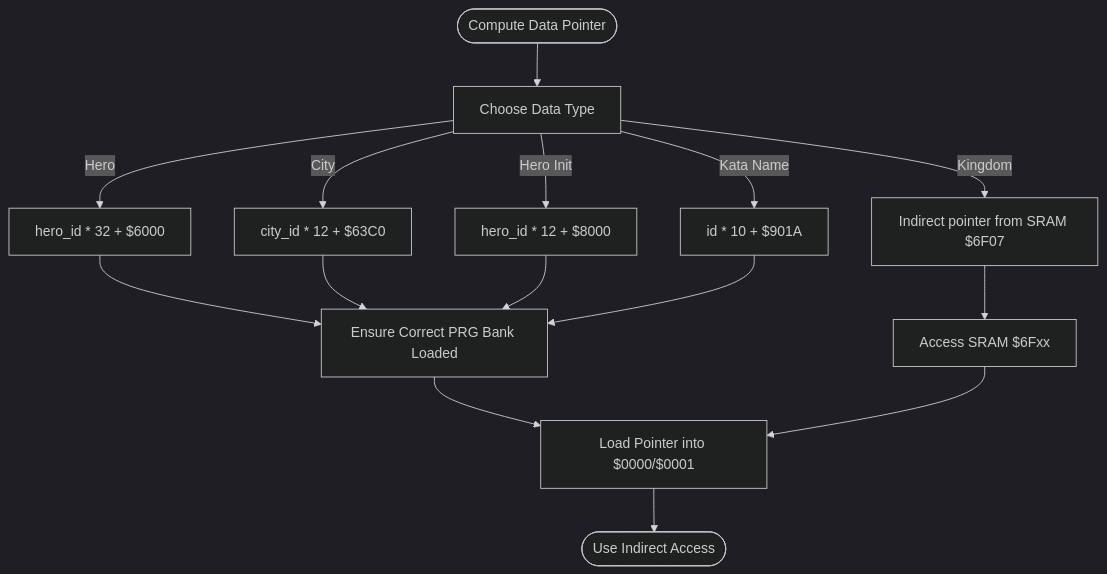
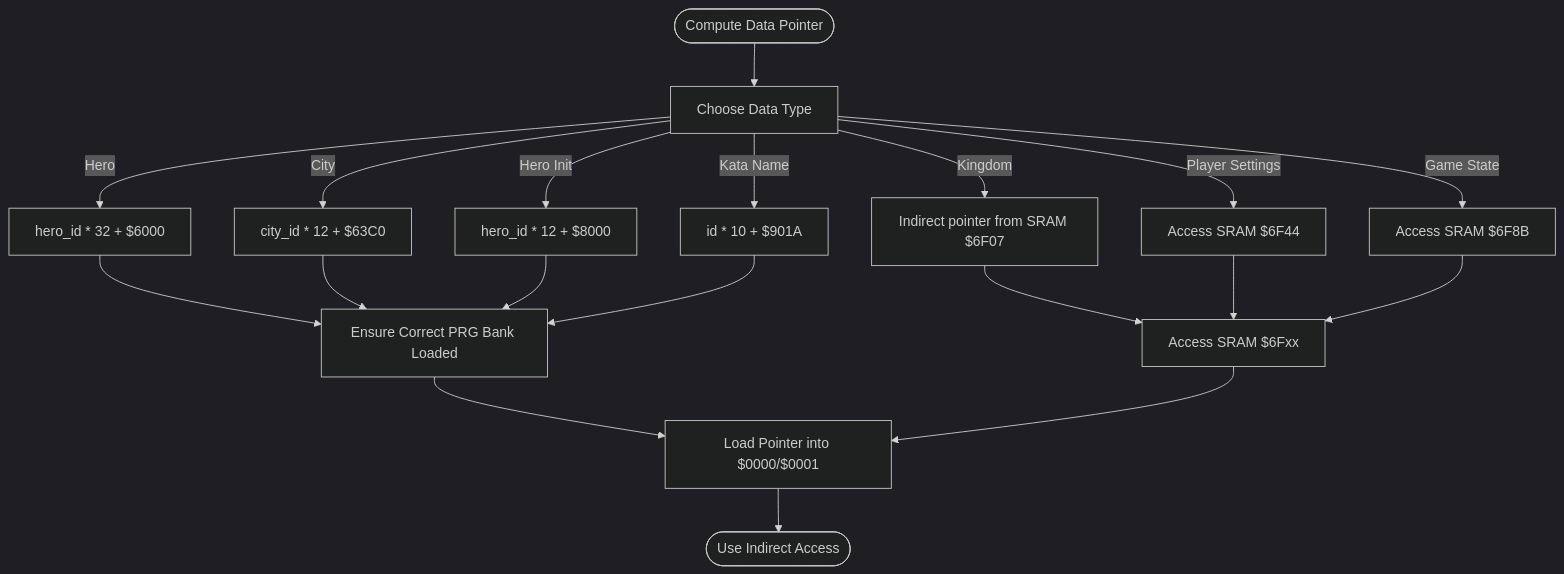
One commit to rabbyzero/sango2dasm changed the third of 9 diagrams in .qoder/repowiki/en/content/Data Access and Memory Management/Data Access and Memory Management.md. Above: the diagram before and after it, drawn with Mermaid (dark theme). The commit also changed other lines of this file and 35 other files, not shown here.

````diff
--- a/.qoder/repowiki/en/content/Data Access and Memory Management/Data Access and Memory Management.md
+++ b/.qoder/repowiki/en/content/Data Access and Memory Management/Data Access and Memory Management.md
@@ -169,17 +191,21 @@
 ```mermaid
 flowchart TD
 Start(["Compute Data Pointer"]) --> Choose["Choose Data Type"]
 Choose --> |Hero| Hero["hero_id * 32 + $6000"]
 Choose --> |City| City["city_id * 12 + $63C0"]
 Choose --> |Hero Init| Init["hero_id * 12 + $8000"]
 Choose --> |Kata Name| Kata["id * 10 + $901A"]
 Choose --> |Kingdom| KPtr["Indirect pointer from SRAM $6F07"]
+Choose --> |Player Settings| PSettings["Access SRAM $6F44"]
+Choose --> |Game State| GState["Access SRAM $6F8B"]
 Hero --> BankSel["Ensure Correct PRG Bank Loaded"]
 City --> BankSel
 Init --> BankSel
 Kata --> BankSel
 KPtr --> SRAM["Access SRAM $6Fxx"]
+PSettings --> SRAM
+GState --> SRAM
 BankSel --> Indirect["Load Pointer into $0000/$0001"]
 SRAM --> Indirect
 Indirect --> End(["Use Indirect Access"])
 ```
````
